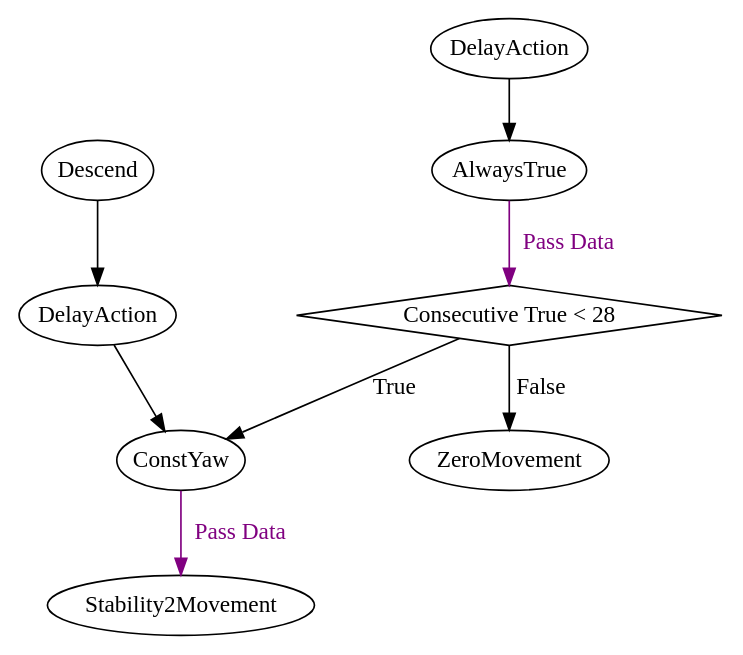
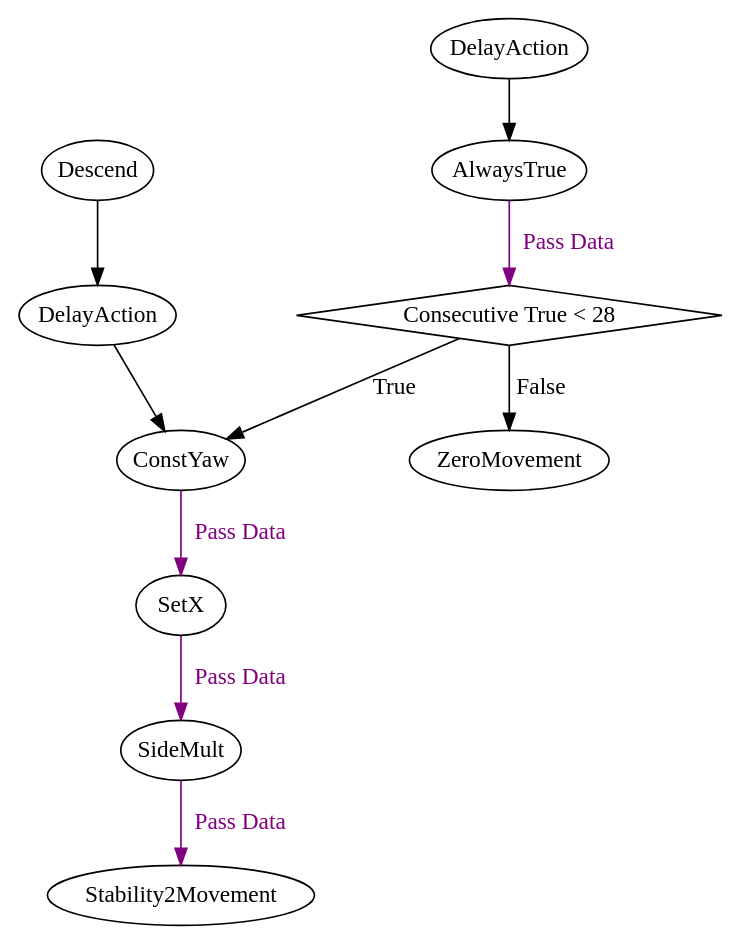
The diagram in graphs/main/circle_buoy/buoy_circle_sequence_blind.dot (ncsurobotics/SW8S-Rust), drawn with Graphviz before and after one commit. The commit also changed 28 other files, not shown here.

```diff
--- a/graphs/main/circle_buoy/buoy_circle_sequence_blind.dot
+++ b/graphs/main/circle_buoy/buoy_circle_sequence_blind.dot
@@ -1,21 +1,25 @@
 digraph G {
 	splines = true;
 	nodesep = 1.0;
 	bgcolor = "none"
-	"399d568d-e72d-46d9-acea-cfc8ce15c02f" [shape = diamond];
-	"5a4da8f5-a47a-46f8-b2c1-d41dac09d096" -> "79496c7c-fa14-4efc-a7b1-b6baac3e14ba" [color = purple, fontcolor = purple, label = "Pass Data"];
-	"cabbcf4b-7ea6-4dd9-b496-fe2d5dbfb7e7" -> "399d568d-e72d-46d9-acea-cfc8ce15c02f" [color = purple, fontcolor = purple, label = "Pass Data"];
-	"da2f2e91-bc85-4e95-baa7-1eed2f8888c1" -> "cabbcf4b-7ea6-4dd9-b496-fe2d5dbfb7e7" ;
-	"399d568d-e72d-46d9-acea-cfc8ce15c02f" -> "5a4da8f5-a47a-46f8-b2c1-d41dac09d096" [label = "True"];
-	"399d568d-e72d-46d9-acea-cfc8ce15c02f" -> "500fa0ff-23ef-4dbd-ab03-1354b6e5aeda" [label = "False"];
-	"f8da55bd-bca8-4d54-b8ad-dcd91357f265" -> "5a4da8f5-a47a-46f8-b2c1-d41dac09d096" ;
-	"49011227-4265-4162-ae39-d7622b7add18" -> "f8da55bd-bca8-4d54-b8ad-dcd91357f265" ;
-	"49011227-4265-4162-ae39-d7622b7add18" [label = "Descend", margin = 0];
-	"f8da55bd-bca8-4d54-b8ad-dcd91357f265" [label = "DelayAction", margin = 0];
-	"5a4da8f5-a47a-46f8-b2c1-d41dac09d096" [label = "ConstYaw", margin = 0];
-	"79496c7c-fa14-4efc-a7b1-b6baac3e14ba" [label = "Stability2Movement", margin = 0];
-	"da2f2e91-bc85-4e95-baa7-1eed2f8888c1" [label = "DelayAction", margin = 0];
-	"cabbcf4b-7ea6-4dd9-b496-fe2d5dbfb7e7" [label = "AlwaysTrue", margin = 0];
-	"399d568d-e72d-46d9-acea-cfc8ce15c02f" [label = "Consecutive True < 28", margin = 0];
-	"500fa0ff-23ef-4dbd-ab03-1354b6e5aeda" [label = "ZeroMovement", margin = 0];
+	"5744449e-d9ff-4244-aa12-d873afa727ba" [shape = diamond];
+	"094481f3-9c69-49f2-ab58-b8e52dc2bf9d" -> "bc496665-4187-4190-9e22-44990a1888d4" [color = purple, fontcolor = purple, label = "Pass Data"];
+	"e787beb5-692a-4c0d-8368-cd16b7d8a61b" -> "094481f3-9c69-49f2-ab58-b8e52dc2bf9d" [color = purple, fontcolor = purple, label = "Pass Data"];
+	"3b1a58a3-22bd-485d-a9ad-d72c7eb3f0b1" -> "e787beb5-692a-4c0d-8368-cd16b7d8a61b" [color = purple, fontcolor = purple, label = "Pass Data"];
+	"dcb44e94-1bdc-435d-a524-a0eeeb7a2565" -> "5744449e-d9ff-4244-aa12-d873afa727ba" [color = purple, fontcolor = purple, label = "Pass Data"];
+	"15bc4875-74f6-4aa1-86a7-1410beadb4ce" -> "dcb44e94-1bdc-435d-a524-a0eeeb7a2565" ;
+	"5744449e-d9ff-4244-aa12-d873afa727ba" -> "3b1a58a3-22bd-485d-a9ad-d72c7eb3f0b1" [label = "True"];
+	"5744449e-d9ff-4244-aa12-d873afa727ba" -> "84ba3c81-646f-42aa-a813-cba17219ad14" [label = "False"];
+	"ba616f5d-a1f7-4f3b-9f37-641dfa63f4af" -> "3b1a58a3-22bd-485d-a9ad-d72c7eb3f0b1" ;
+	"f8f77da5-7d8b-4160-95f8-7091699dde9d" -> "ba616f5d-a1f7-4f3b-9f37-641dfa63f4af" ;
+	"f8f77da5-7d8b-4160-95f8-7091699dde9d" [label = "Descend", margin = 0];
+	"ba616f5d-a1f7-4f3b-9f37-641dfa63f4af" [label = "DelayAction", margin = 0];
+	"3b1a58a3-22bd-485d-a9ad-d72c7eb3f0b1" [label = "ConstYaw", margin = 0];
+	"e787beb5-692a-4c0d-8368-cd16b7d8a61b" [label = "SetX", margin = 0];
+	"094481f3-9c69-49f2-ab58-b8e52dc2bf9d" [label = "SideMult", margin = 0];
+	"bc496665-4187-4190-9e22-44990a1888d4" [label = "Stability2Movement", margin = 0];
+	"15bc4875-74f6-4aa1-86a7-1410beadb4ce" [label = "DelayAction", margin = 0];
+	"dcb44e94-1bdc-435d-a524-a0eeeb7a2565" [label = "AlwaysTrue", margin = 0];
+	"5744449e-d9ff-4244-aa12-d873afa727ba" [label = "Consecutive True < 28", margin = 0];
+	"84ba3c81-646f-42aa-a813-cba17219ad14" [label = "ZeroMovement", margin = 0];
 }
```
